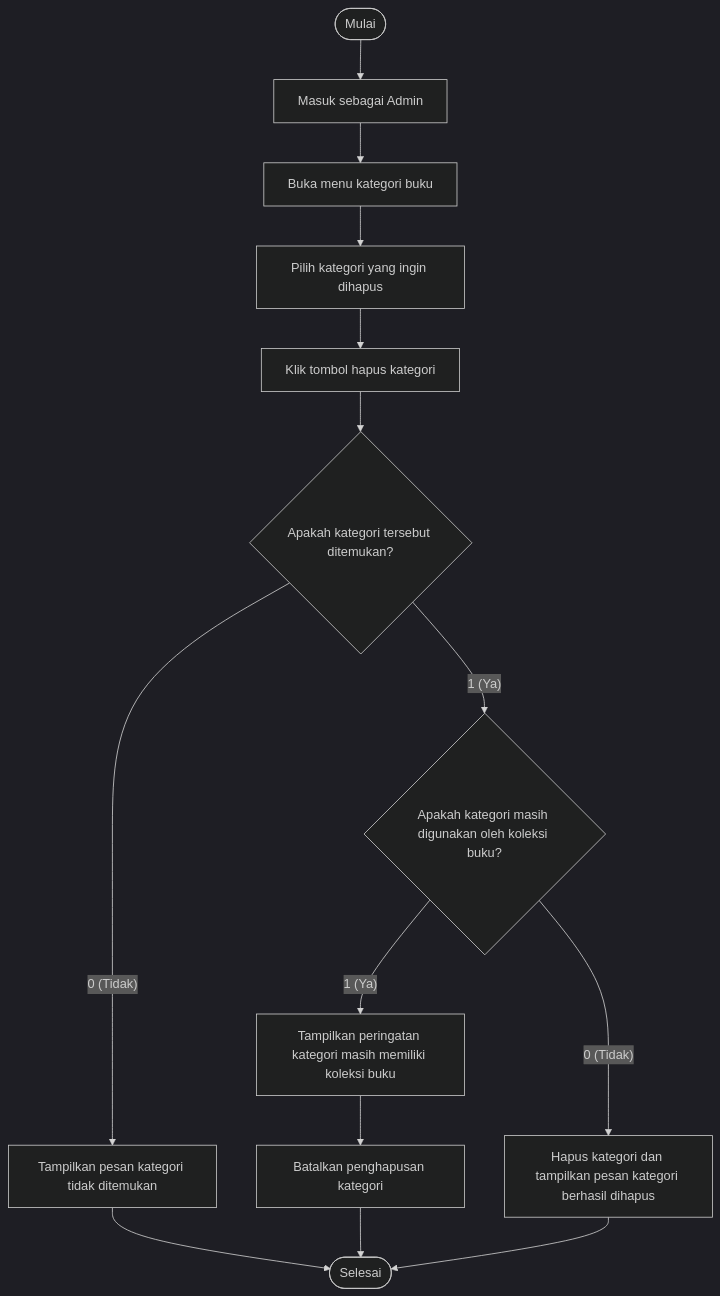
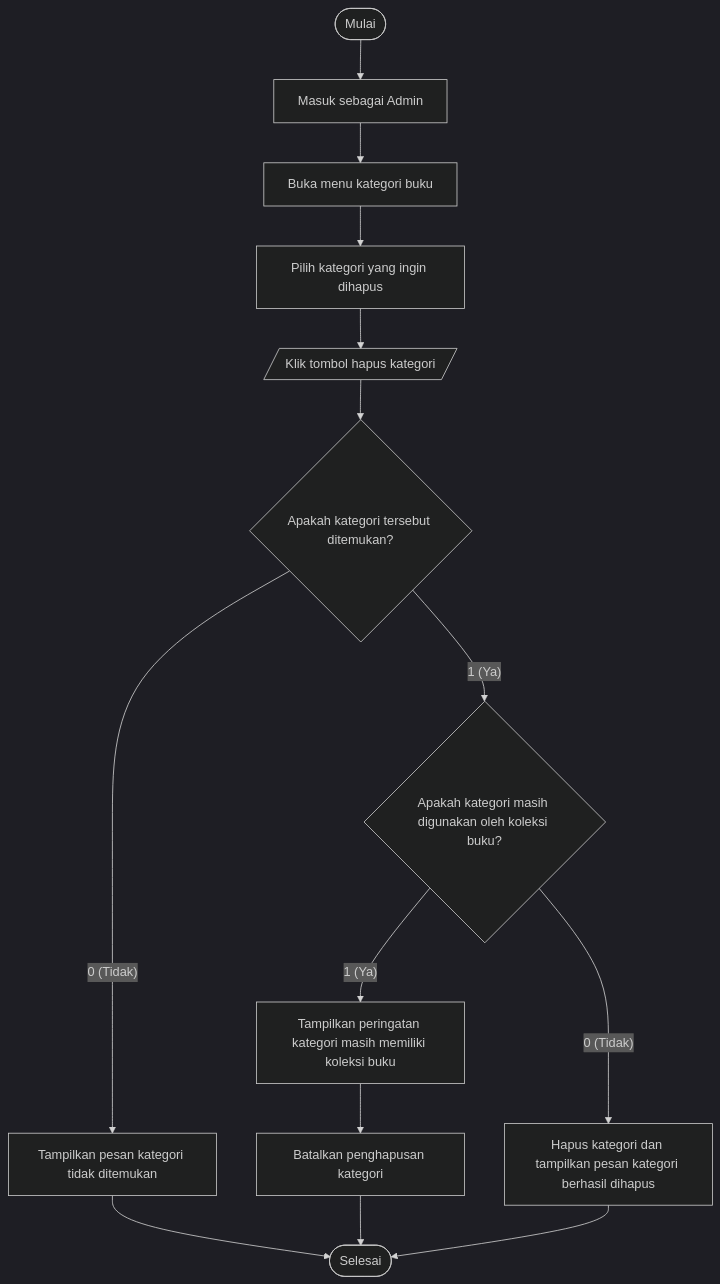
One commit to dimstyle/ruang-baca changed the diagram in docs/uml/src/diagrams/list-diagrams/flowchart-deletecategory.mmd. Above: the diagram before and after it, drawn with Mermaid (dark theme). The commit also changed 78 other files, not shown here.

Commit message:
docs(uml): use parallelogram shape for input and button actions in flowchart and activity diagrams

```diff
--- a/docs/uml/src/diagrams/list-diagrams/flowchart-deletecategory.mmd
+++ b/docs/uml/src/diagrams/list-diagrams/flowchart-deletecategory.mmd
@@ -1,14 +1,14 @@
 flowchart TD
     start(["Mulai"]) --> loginAdmin["Masuk sebagai Admin"]
     loginAdmin --> openMenu["Buka menu kategori buku"]
     openMenu --> selectCat["Pilih kategori yang ingin dihapus"]
-    selectCat --> clickDel["Klik tombol hapus kategori"]
+    selectCat --> clickDel[/"Klik tombol hapus kategori"/]
     clickDel --> checkFound{"Apakah kategori tersebut ditemukan?"}
     checkFound -->|"0 (Tidak)"| notFound["Tampilkan pesan kategori tidak ditemukan"]
     notFound --> finish(["Selesai"])
     checkFound -->|"1 (Ya)"| checkBooks{"Apakah kategori masih digunakan oleh koleksi buku?"}
     checkBooks -->|"1 (Ya)"| warnUsed["Tampilkan peringatan kategori masih memiliki koleksi buku"]
     warnUsed --> cancelDel["Batalkan penghapusan kategori"]
     cancelDel --> finish
     checkBooks -->|"0 (Tidak)"| deleted["Hapus kategori dan tampilkan pesan kategori berhasil dihapus"]
     deleted --> finish
```
